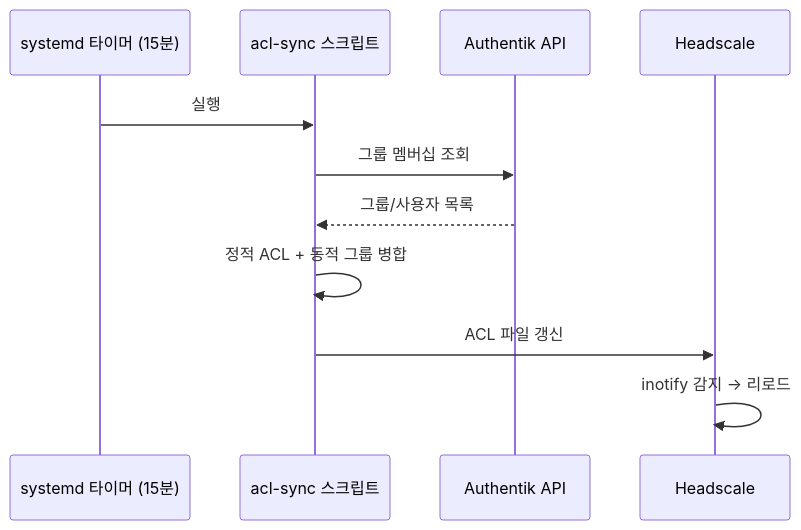
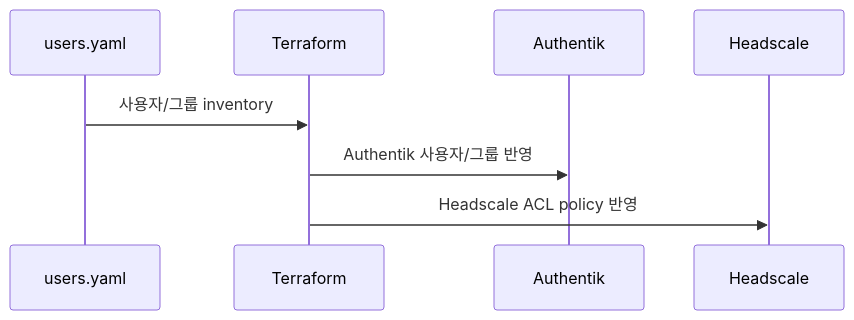
The second of 2 diagrams in docs/admin/network.md (SBEE-Lab/infra), drawn with Mermaid before and after one commit. The commit also changed other lines of this file and 18 other files, not shown here.

First line of the commit message:
headscale: manage ACL policy with Terraform

````diff
--- a/docs/admin/network.md
+++ b/docs/admin/network.md
@@ -96,14 +98,11 @@
 ```mermaid
 sequenceDiagram
-  participant T as systemd 타이머 (15분)
-  participant S as acl-sync 스크립트
-  participant A as Authentik API
+  participant U as users.yaml
+  participant T as Terraform
+  participant A as Authentik
   participant H as Headscale
 
-  T->>S: 실행
-  S->>A: 그룹 멤버십 조회
-  A-->>S: 그룹/사용자 목록
-  S->>S: 정적 ACL + 동적 그룹 병합
-  S->>H: ACL 파일 갱신
-  H->>H: inotify 감지 → 리로드
+  U->>T: 사용자/그룹 inventory
+  T->>A: Authentik 사용자/그룹 반영
+  T->>H: Headscale ACL policy 반영
 ```
````
